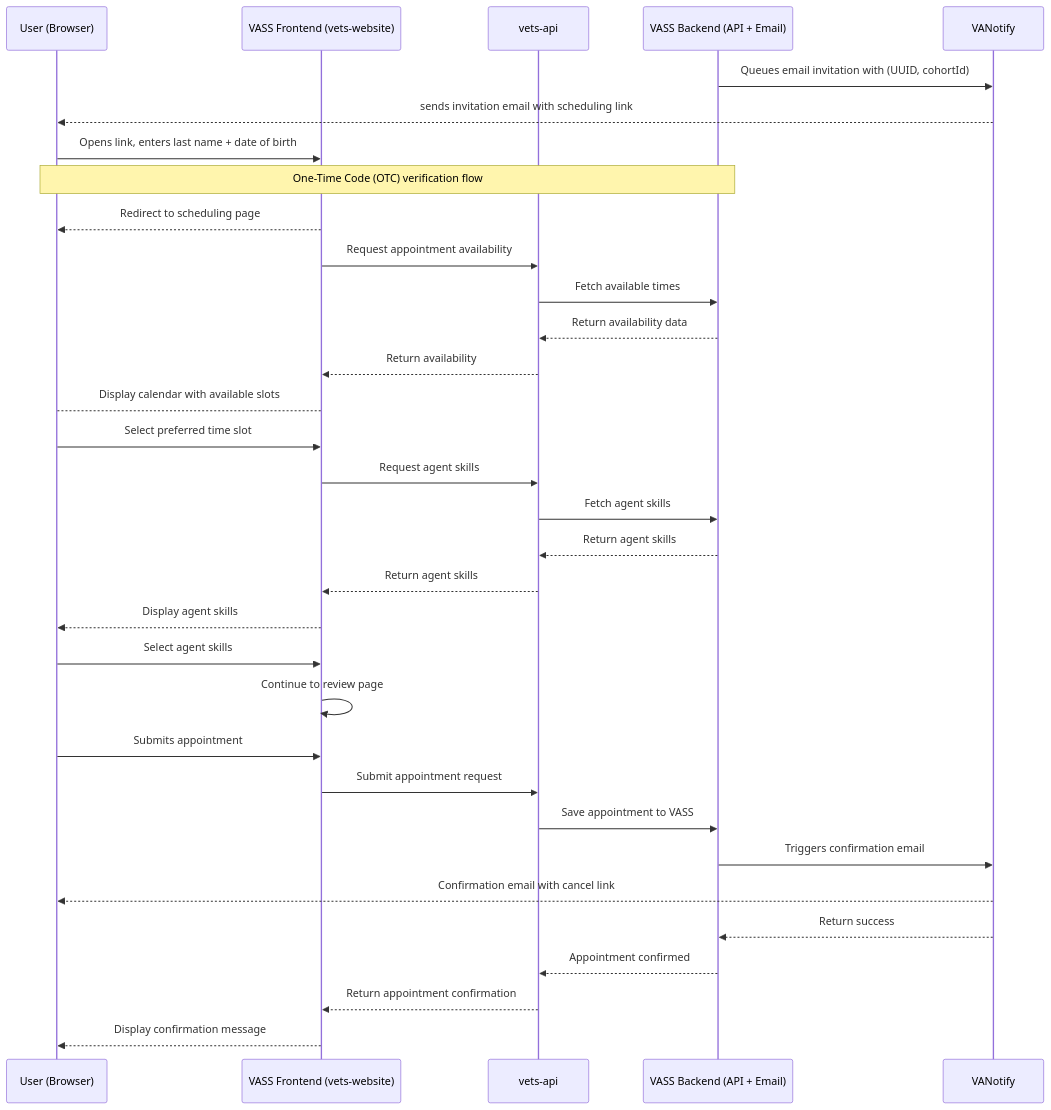
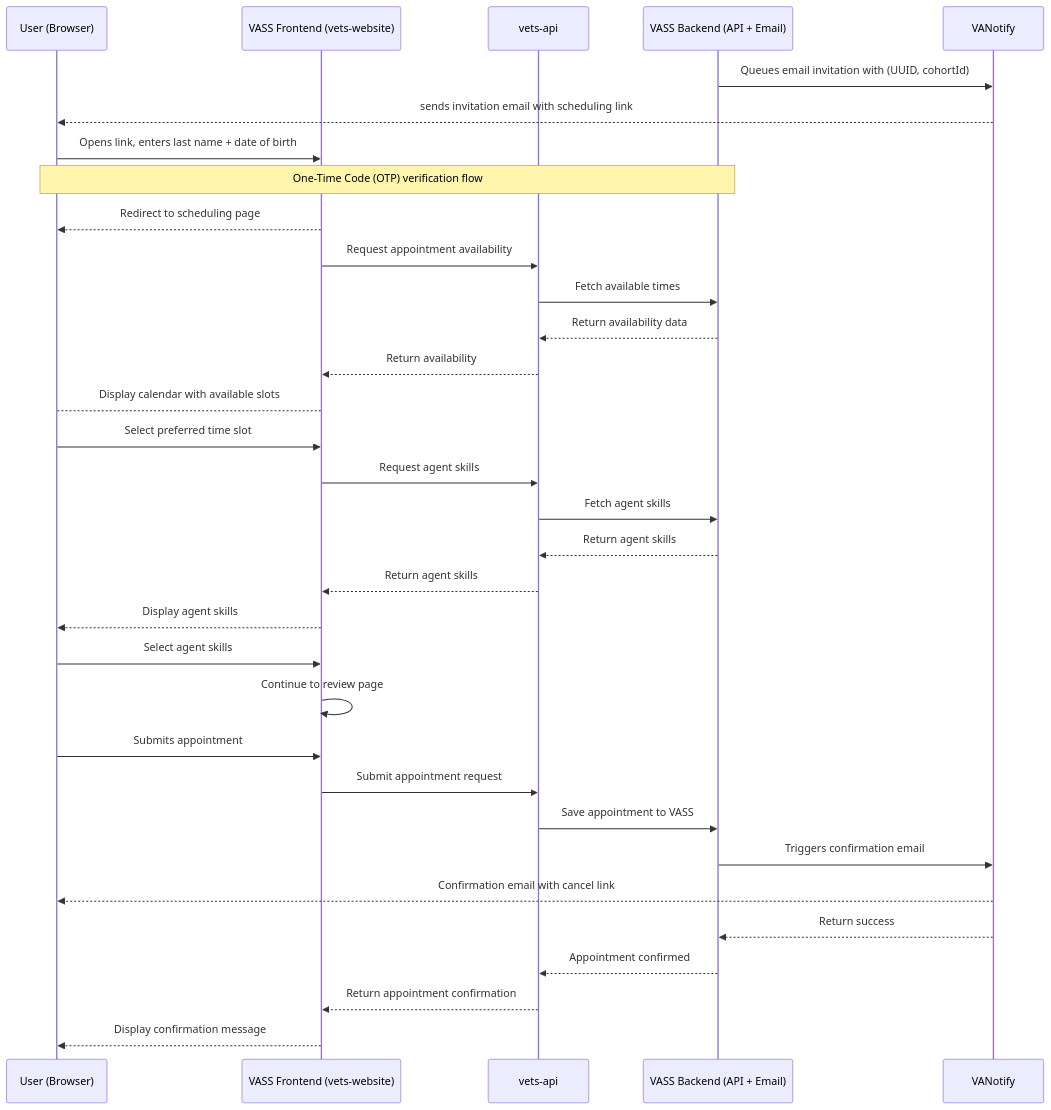
The first of 3 diagrams in products/health-care/appointments/va-online-scheduling/initiatives/solid-start-scheduling/engineering/sequence-diagrams/user-journeys.md (department-of-veterans-affairs/va.gov-team), drawn with Mermaid before and after one commit. The commit also changed other lines of this file, not shown here.

````diff
--- a/products/health-care/appointments/va-online-scheduling/initiatives/solid-start-scheduling/engineering/sequence-diagrams/user-journeys.md
+++ b/products/health-care/appointments/va-online-scheduling/initiatives/solid-start-scheduling/engineering/sequence-diagrams/user-journeys.md
@@ -3,46 +3,46 @@
 ``` mermaid
 sequenceDiagram
     participant user as User (Browser)
     participant vetsWebsite as VASS Frontend (vets-website)
     participant vetsApi as vets-api
     participant vassBackend as VASS Backend (API + Email)
     participant vaNotify as VANotify
 
     %% Step 1: Email Invitation
     vassBackend->>vaNotify: Queues email invitation with (UUID, cohortId)
     vaNotify-->>user: sends invitation email with scheduling link 
 
     %% Step 2: User validates identity
     user->>vetsWebsite: Opens link, enters last name + date of birth
-    Note over user,vassBackend: One-Time Code (OTC) verification flow
+    Note over user,vassBackend: One-Time Code (OTP) verification flow
     vetsWebsite-->>user: Redirect to scheduling page
 
     %% Step 3: View available times
     vetsWebsite->>vetsApi: Request appointment availability
     vetsApi->>vassBackend: Fetch available times
     vassBackend-->>vetsApi: Return availability data
     vetsApi-->>vetsWebsite: Return availability
     vetsWebsite-->user: Display calendar with available slots
     user->>vetsWebsite: Select preferred time slot
 
     %% Step 4: Agent skills
     vetsWebsite->>vetsApi: Request agent skills
     vetsApi->>vassBackend: Fetch agent skills
     vassBackend-->>vetsApi: Return agent skills
     vetsApi-->>vetsWebsite: Return agent skills
     vetsWebsite-->>user: Display agent skills
     user->>vetsWebsite: Select agent skills
     vetsWebsite->>vetsWebsite: Continue to review page
 
     %% Step 5: Confirm appointment
     user->>vetsWebsite: Submits appointment 
     vetsWebsite->>vetsApi: Submit appointment request
     vetsApi->>vassBackend: Save appointment to VASS
     vassBackend->>vaNotify: Triggers confirmation email
     vaNotify-->>user: Confirmation email with cancel link
     vaNotify-->>vassBackend: Return success
     vassBackend-->>vetsApi: Appointment confirmed
 
     vetsApi-->>vetsWebsite: Return appointment confirmation
     vetsWebsite-->>user: Display confirmation message
 ```
````
